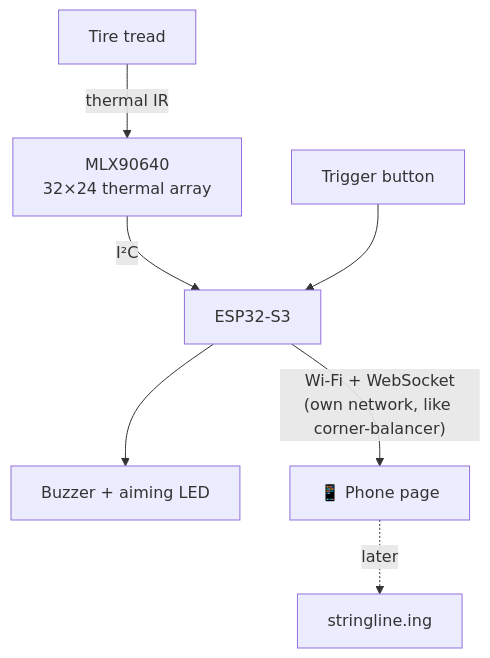
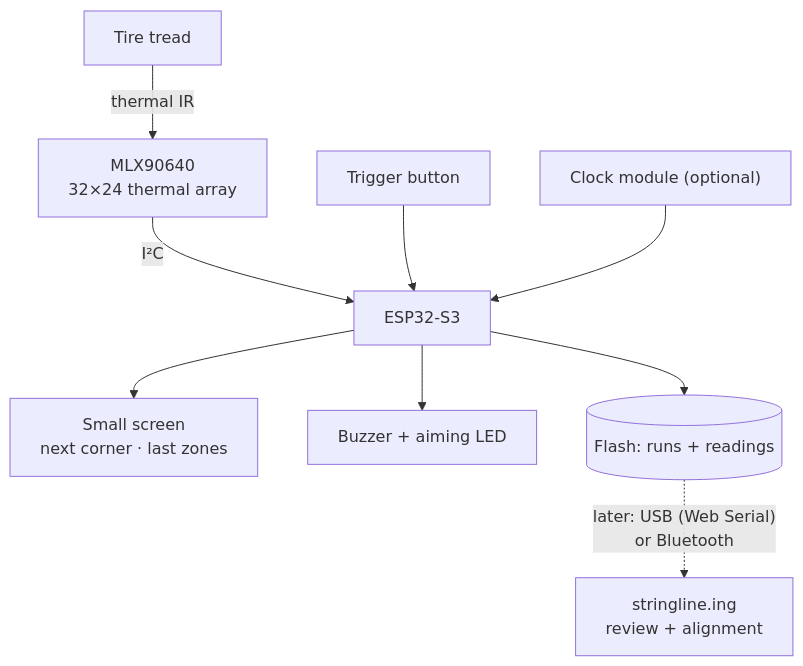
The diagram in docs/plan.md (jaimebuildsthings/pit-pyro), drawn with Mermaid before and after one commit. The commit also changed other lines of this file, not shown here.

First line of the commit message:
docs: plan for store-on-device scanning at autocross

````diff
--- a/docs/plan.md
+++ b/docs/plan.md
@@ -15,9 +17,11 @@
 ```mermaid
 flowchart TB
     tire["Tire tread"] -- "thermal IR" --> cam["MLX90640<br/>32×24 thermal array"]
     cam -- "I²C" --> esp["ESP32-S3"]
     trig["Trigger button"] --> esp
+    esp --> screen["Small screen<br/>next corner · last zones"]
     esp --> fb["Buzzer + aiming LED"]
-    esp -- "Wi-Fi + WebSocket<br/>(own network, like corner-balancer)" --> phone["📱 Phone page"]
-    phone -. "later" .-> sl["stringline.ing"]
+    esp --> store[("Flash: runs + readings")]
+    clock["Clock module (optional)"] --> esp
+    store -. "later: USB (Web Serial)<br/>or Bluetooth" .-> sl["stringline.ing<br/>review + alignment"]
 ```
````
